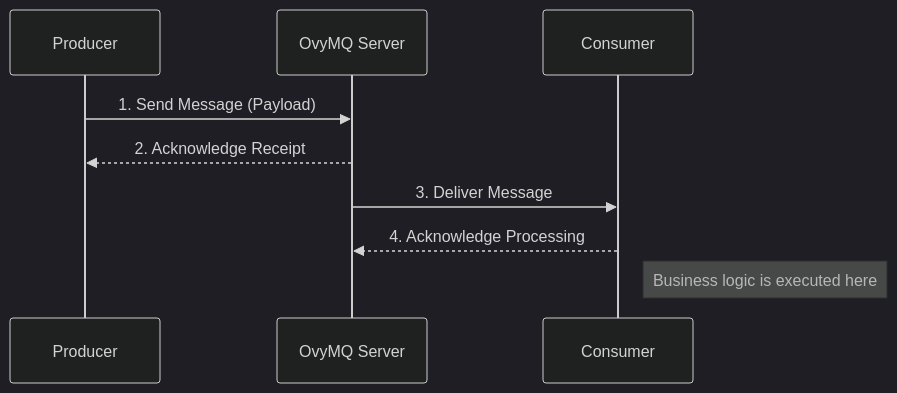
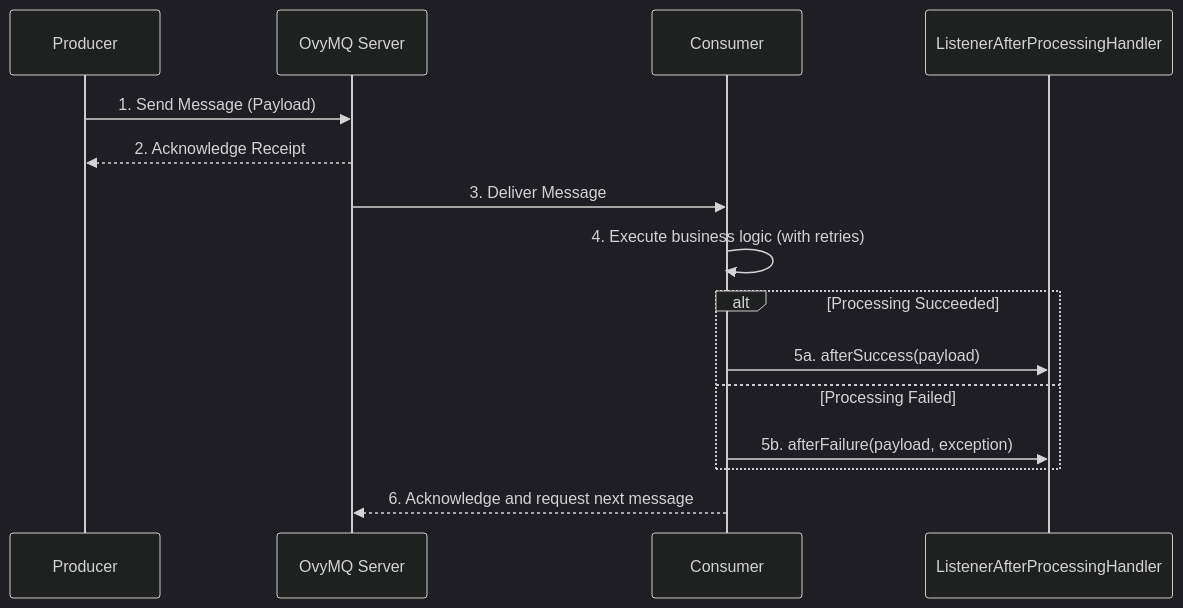
The first of 4 diagrams in README.md (jotabrc/ovy_mq), drawn with Mermaid (dark theme) before and after one commit. The commit also changed other lines of this file and 4 other files, not shown here.

Commit message:
feat: Listener payload proccessing retries and afterSuccess or afterFailure hooks

````diff
--- a/README.md
+++ b/README.md
@@ -77,12 +80,18 @@
 ```mermaid
 sequenceDiagram
     participant Producer
     participant OvyMQ Server
     participant Consumer
+    participant ListenerAfterProcessingHandler
 
     Producer->>OvyMQ Server: 1. Send Message (Payload)
     OvyMQ Server-->>Producer: 2. Acknowledge Receipt
     OvyMQ Server->>Consumer: 3. Deliver Message
-    Consumer-->>OvyMQ Server: 4. Acknowledge Processing
-    Note right of Consumer: Business logic is executed here
+    Consumer->>Consumer: 4. Execute business logic (with retries)
+    alt Processing Succeeded
+        Consumer->>ListenerAfterProcessingHandler: 5a. afterSuccess(payload)
+    else Processing Failed
+        Consumer->>ListenerAfterProcessingHandler: 5b. afterFailure(payload, exception)
+    end
+    Consumer-->>OvyMQ Server: 6. Acknowledge and request next message
 ```
````
